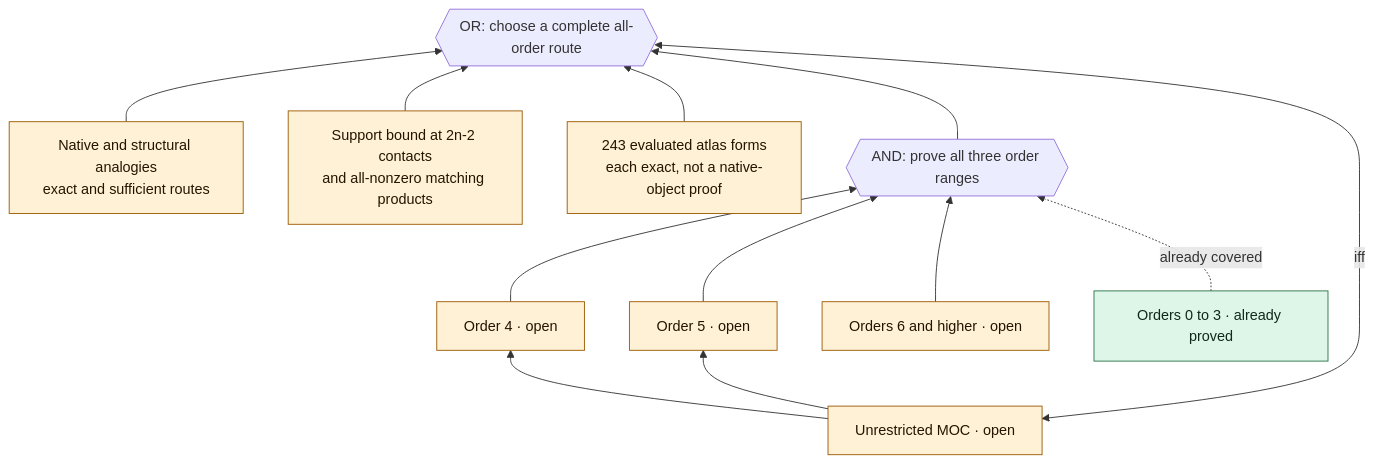
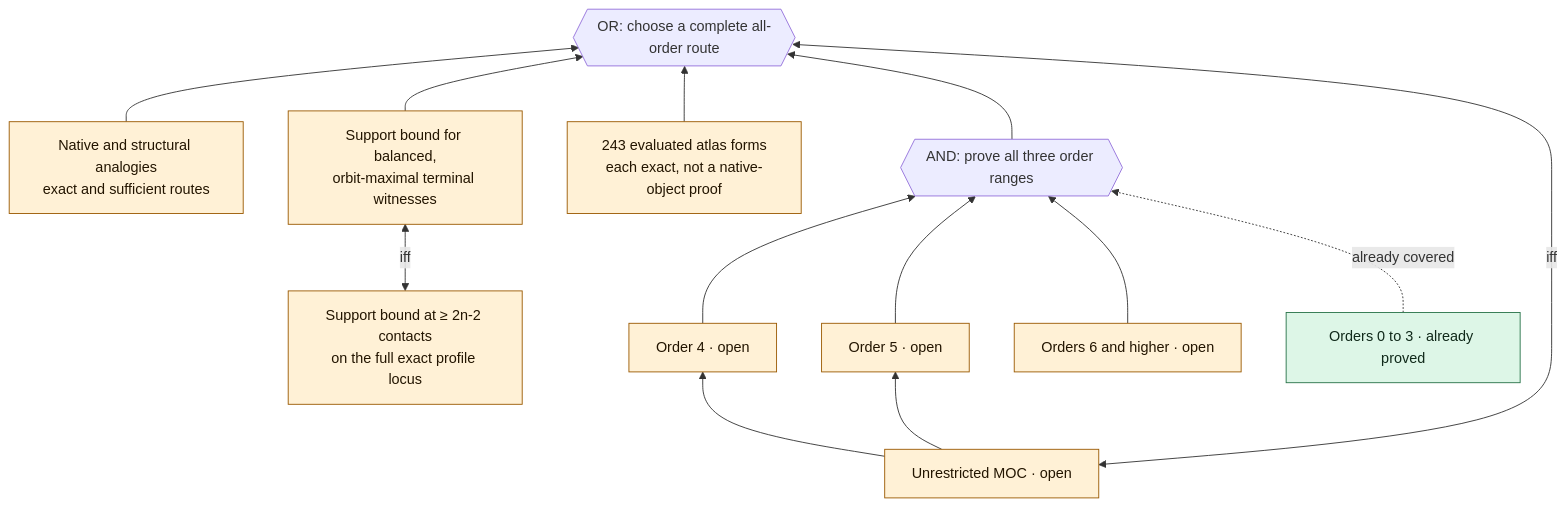
Before and after one commit to ascendnoosphere/MOC: the first of 4 diagrams in Lean/ProofTree.md, drawn with Mermaid. The commit also changed other lines of this file and 29 other files, not shown here.

Commit message:
MOC: preserve terminal contacts at balanced unitary extrema

````diff
--- a/Lean/ProofTree.md
+++ b/Lean/ProofTree.md
@@ -12,26 +12,28 @@
 ```mermaid
 flowchart BT
     ALL["Unrestricted MOC · open"]:::open
     ROUTES{{"OR: choose a complete all-order route"}}
     NATIVE["Native and structural analogies<br/>exact and sufficient routes"]:::open
-    SAT["Support bound at 2n-2 contacts<br/>and all-nonzero matching products"]:::open
+    SAT["Support bound for balanced,<br/>orbit-maximal terminal witnesses"]:::open
+    SIMPLE["Support bound at ≥ 2n-2 contacts<br/>on the full exact profile locus"]:::open
     ATLAS["243 evaluated atlas forms<br/>each exact, not a native-object proof"]:::open
     SPLIT{{"AND: prove all three order ranges"}}
     FOUR["Order 4 · open"]:::open
     FIVE["Order 5 · open"]:::open
     HIGH["Orders 6 and higher · open"]:::open
     LOW["Orders 0 to 3 · already proved"]:::checked
     NATIVE --> ROUTES
+    SIMPLE <-->|iff| SAT
     SAT --> ROUTES
     ATLAS --> ROUTES
     FOUR --> SPLIT
     FIVE --> SPLIT
     HIGH --> SPLIT
     LOW -. already covered .-> SPLIT
     SPLIT --> ROUTES
     ROUTES <-->|iff| ALL
     ALL --> FOUR
     ALL --> FIVE
     classDef open fill:#fff1d6,stroke:#9a5900,color:#231500
     classDef checked fill:#ddf6e7,stroke:#287348,color:#10291a
 ```
````
